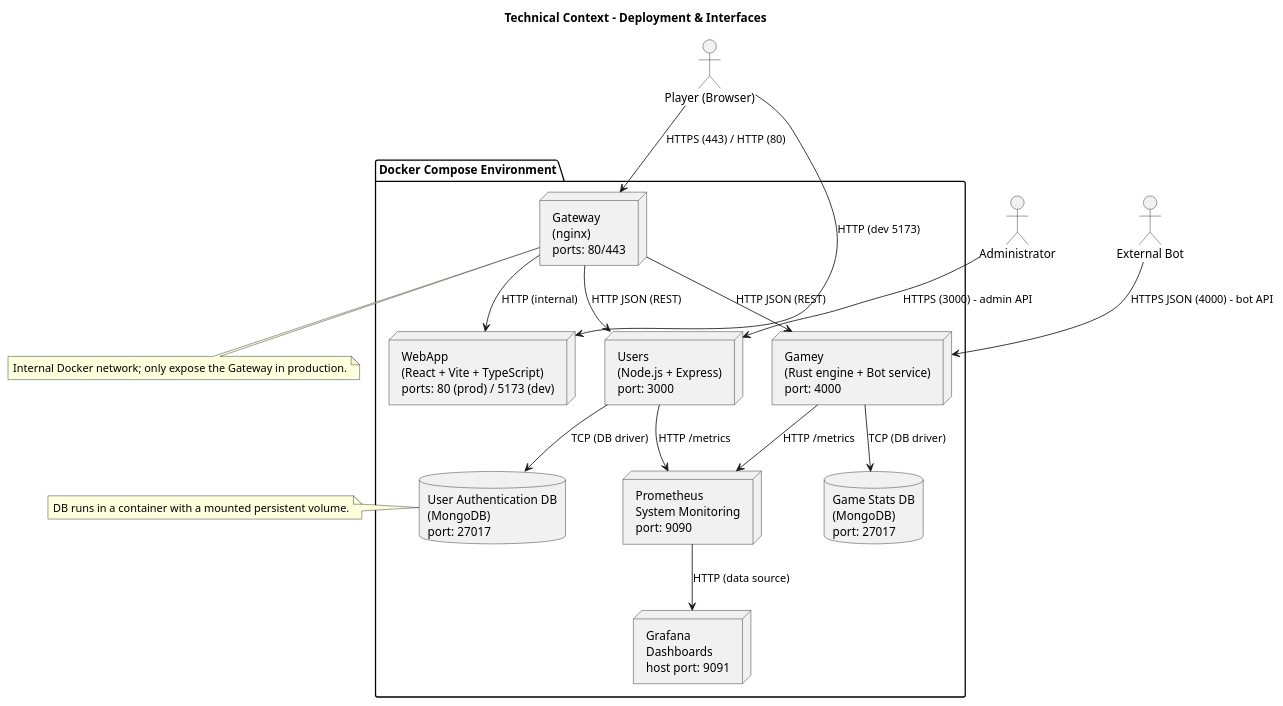
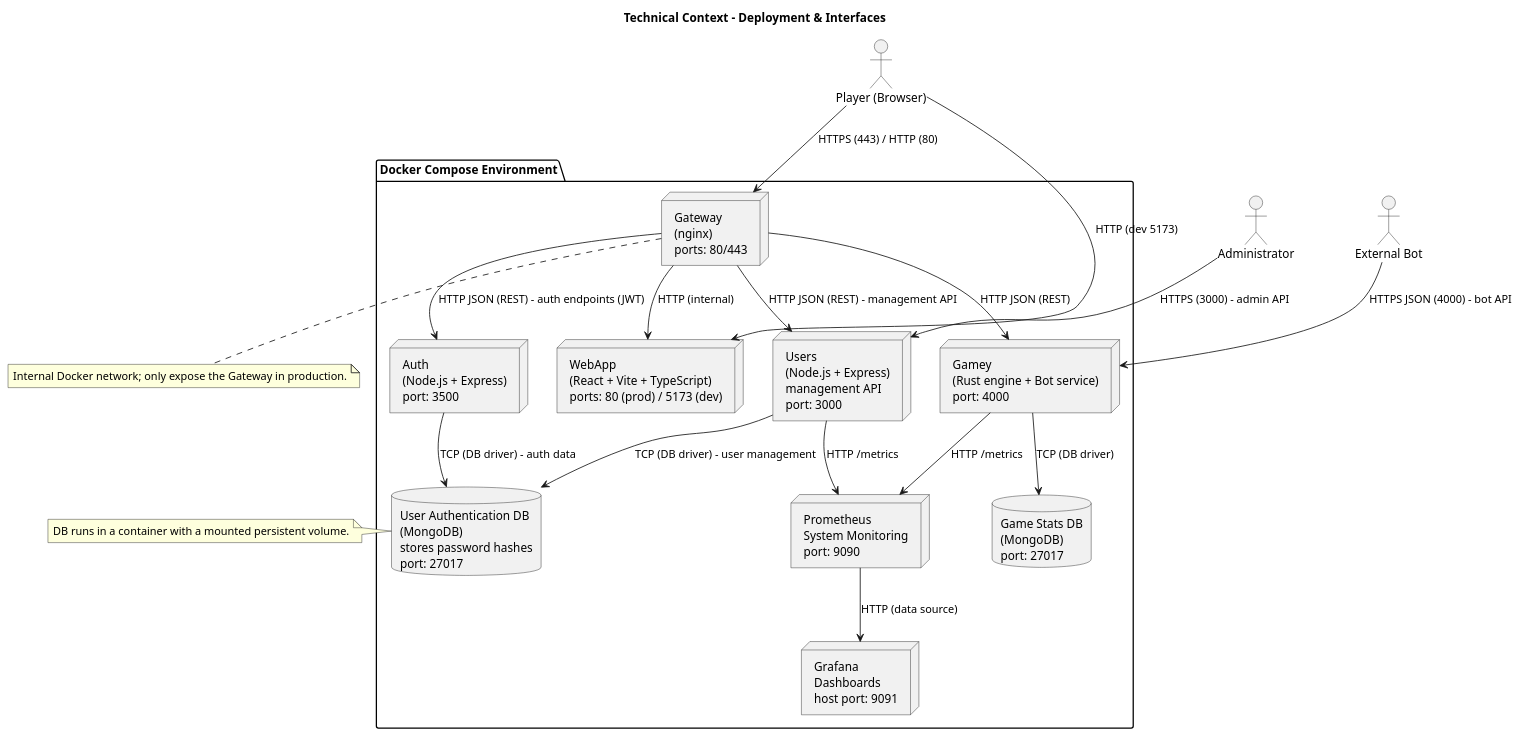
The second of 2 diagrams in docs/src/03_context_and_scope.adoc (Arquisoft/yovi_es4b), drawn with PlantUML before and after one commit. The commit also changed other lines of this file and 2 other files, not shown here.

Commit message:
Añadido base de datos MongoDB para AuthService, migrada lógica de autenticación (registro, login, JWT) desde Users a AuthService, actualizado documentación y eliminado AUTH_SETUP.md.

```diff
--- a/docs/src/03_context_and_scope.adoc
+++ b/docs/src/03_context_and_scope.adoc
@@ -79,51 +82,54 @@
 [plantuml, target=technical-context-diagram, format=png]
 ----
 @startuml
 title Technical Context - Deployment & Interfaces
 
 actor "Player (Browser)" as Browser
 actor "Administrator" as Admin
 actor "External Bot" as ExternalBot
 
 package "Docker Compose Environment" {
 
     node "Gateway\n(nginx)\nports: 80/443" as Gateway
     node "WebApp\n(React + Vite + TypeScript)\nports: 80 (prod) / 5173 (dev)" as WebApp
-    node "Users\n(Node.js + Express)\nport: 3000" as Users
+    node "Users\n(Node.js + Express)\nmanagement API\nport: 3000" as Users
+    node "Auth\n(Node.js + Express)\nport: 3500" as Auth
     node "Gamey\n(Rust engine + Bot service)\nport: 4000" as Gamey
 
-    database "User Authentication DB\n(MongoDB)\nport: 27017" as UserDB
+    database "User Authentication DB\n(MongoDB)\nstores password hashes\nport: 27017" as UserDB
     database "Game Stats DB\n(MongoDB)\nport: 27017" as GameDB
 
     node "Prometheus\nSystem Monitoring\nport: 9090" as Prometheus
     node "Grafana\nDashboards\nhost port: 9091" as Grafana
 }
 
 ' --- External interactions ---
 Browser --> Gateway : HTTPS (443) / HTTP (80)
 Browser --> WebApp : HTTP (dev 5173)
 Admin --> Users : HTTPS (3000) - admin API
 ExternalBot --> Gamey : HTTPS JSON (4000) - bot API
 
 ' --- Internal service communication ---
 Gateway --> WebApp : HTTP (internal)
-Gateway --> Users : HTTP JSON (REST)
+Gateway --> Auth : HTTP JSON (REST) - auth endpoints (JWT)
+Gateway --> Users : HTTP JSON (REST) - management API
 Gateway --> Gamey : HTTP JSON (REST)
-Users --> UserDB : TCP (DB driver)
+Auth --> UserDB : TCP (DB driver) - auth data
+Users --> UserDB : TCP (DB driver) - user management
 Gamey --> GameDB : TCP (DB driver)
 
 ' --- Monitoring ---
 Users --> Prometheus : HTTP /metrics
 Gamey --> Prometheus : HTTP /metrics
 Prometheus --> Grafana : HTTP (data source)
 
 note left of UserDB
 DB runs in a container with a mounted persistent volume.
 end note
 
 note bottom of Gateway
 Internal Docker network; only expose the Gateway in production.
 end note
 
 @enduml
 ----
```
